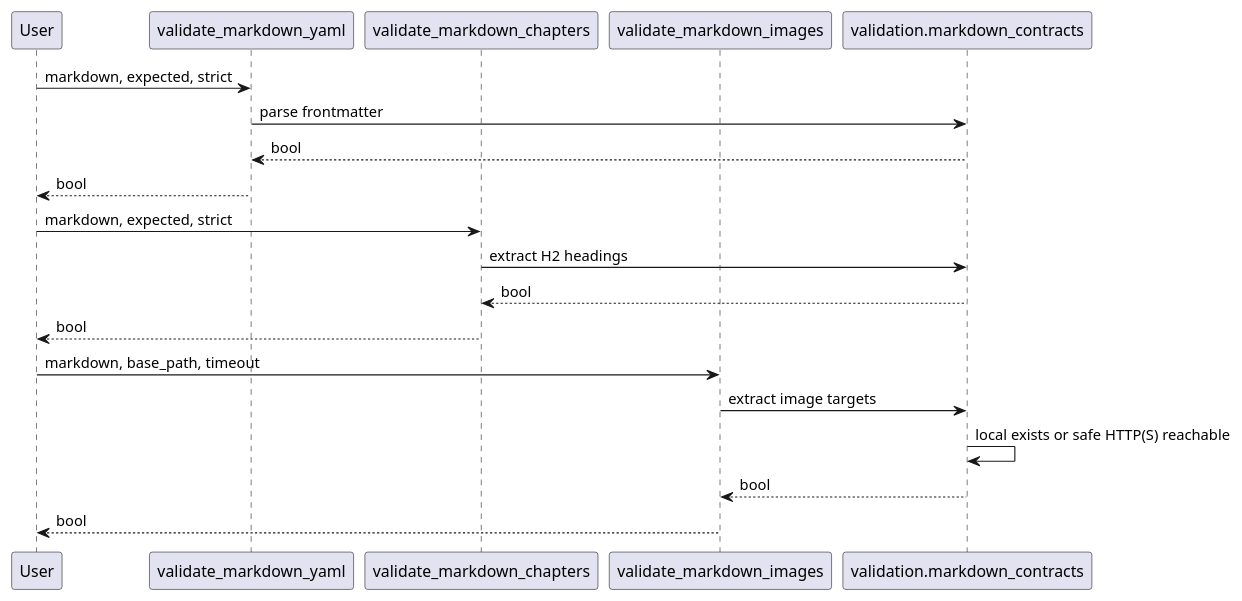
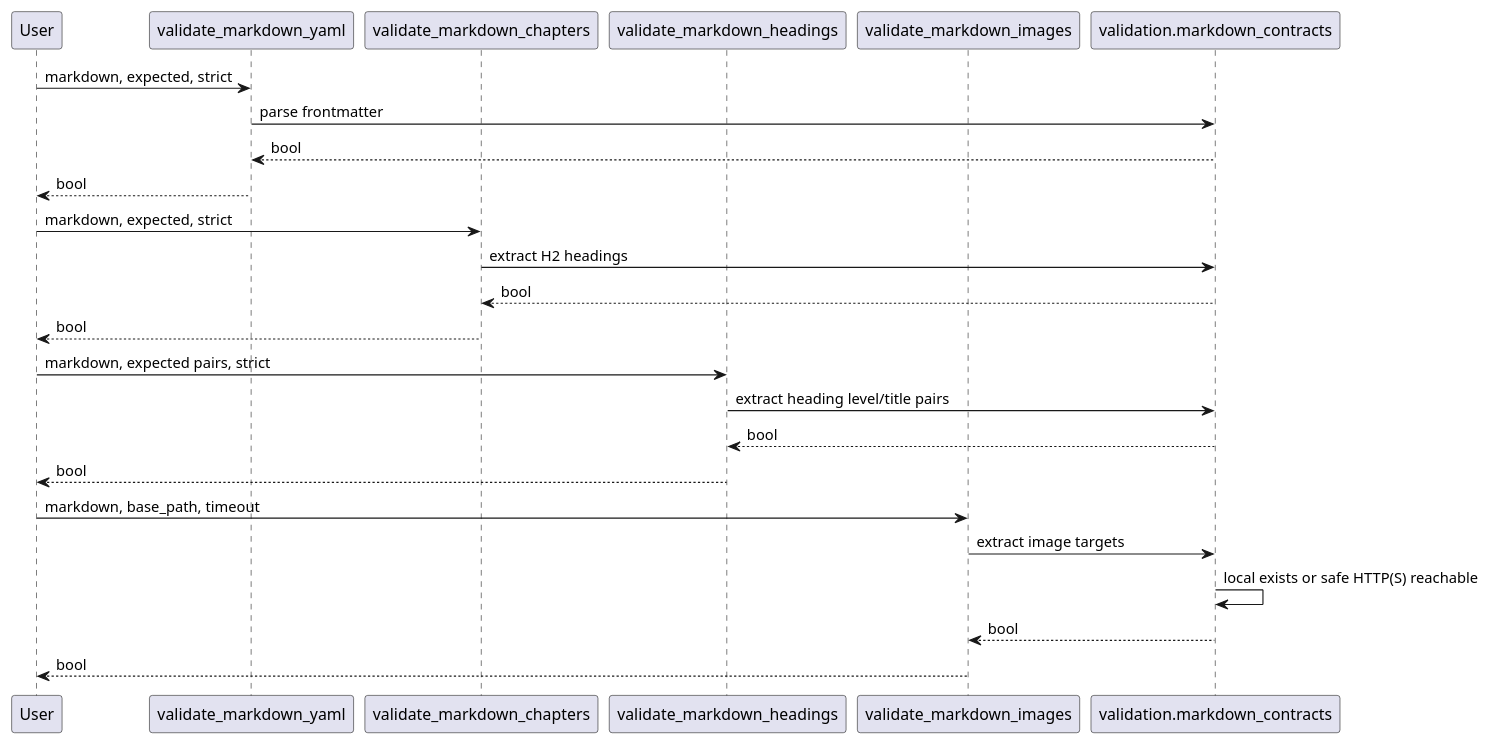
Before and after one commit to antoinebarre/mkforge: the seventh of 7 diagrams in docs/API_REFERENCE.md, drawn with PlantUML. The commit also changed other lines of this file and 10 other files, not shown here.

````diff
--- a/docs/API_REFERENCE.md
+++ b/docs/API_REFERENCE.md
@@ -1642,25 +1662,31 @@
 ```plantuml
 @startuml markdown-validation-sequence
 participant User
 participant "validate_markdown_yaml" as YAML
 participant "validate_markdown_chapters" as Chapters
+participant "validate_markdown_headings" as Headings
 participant "validate_markdown_images" as Images
 participant "validation.markdown_contracts" as Contracts
 
 User -> YAML: markdown, expected, strict
 YAML -> Contracts: parse frontmatter
 Contracts --> YAML: bool
 YAML --> User: bool
 
 User -> Chapters: markdown, expected, strict
 Chapters -> Contracts: extract H2 headings
 Contracts --> Chapters: bool
 Chapters --> User: bool
 
+User -> Headings: markdown, expected pairs, strict
+Headings -> Contracts: extract heading level/title pairs
+Contracts --> Headings: bool
+Headings --> User: bool
+
 User -> Images: markdown, base_path, timeout
 Images -> Contracts: extract image targets
 Contracts -> Contracts: local exists or safe HTTP(S) reachable
 Contracts --> Images: bool
 Images --> User: bool
 @enduml
 ```
````
